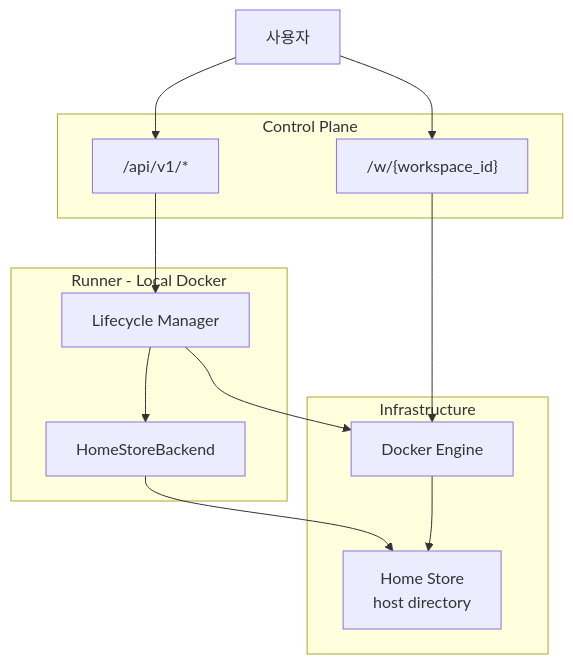
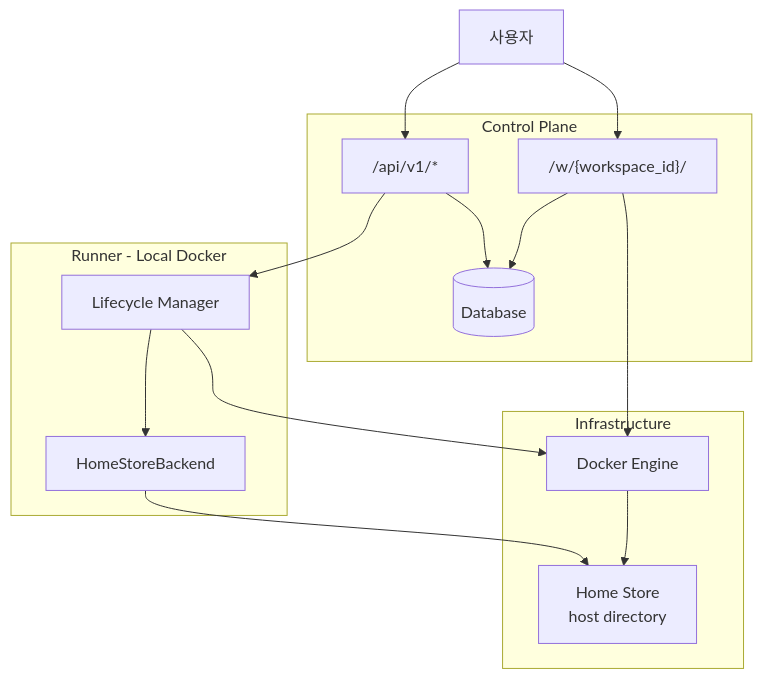
Before and after one commit to cagojeiger/code-hub: the first of 6 diagrams in docs/architecture.md, drawn with Mermaid. The commit also changed other lines of this file and 3 other files, not shown here.

````diff
--- a/docs/architecture.md
+++ b/docs/architecture.md
@@ -9,28 +9,31 @@
 ```mermaid
 graph TB
     User[사용자]
 
     subgraph ControlPlane[Control Plane]
         API["/api/v1/*"]
-        Proxy["/w/{workspace_id}"]
+        Proxy["/w/{workspace_id}/"]
+        DB[(Database)]
     end
 
     subgraph Runner[Runner - Local Docker]
         Lifecycle[Lifecycle Manager]
         HSB[HomeStoreBackend]
     end
 
     subgraph Infrastructure
         Docker[Docker Engine]
         HomeStore[Home Store<br/>host directory]
     end
 
     User --> API
     User --> Proxy
+    API --> DB
+    Proxy --> DB
     Proxy --> Docker
     API --> Lifecycle
     Lifecycle --> Docker
     Lifecycle --> HSB
     HSB --> HomeStore
     Docker --> HomeStore
 ```
````
